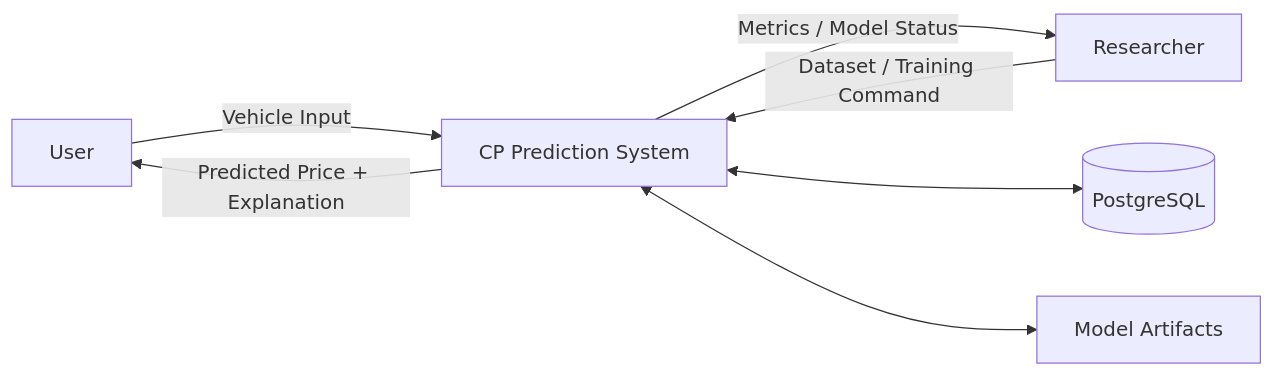
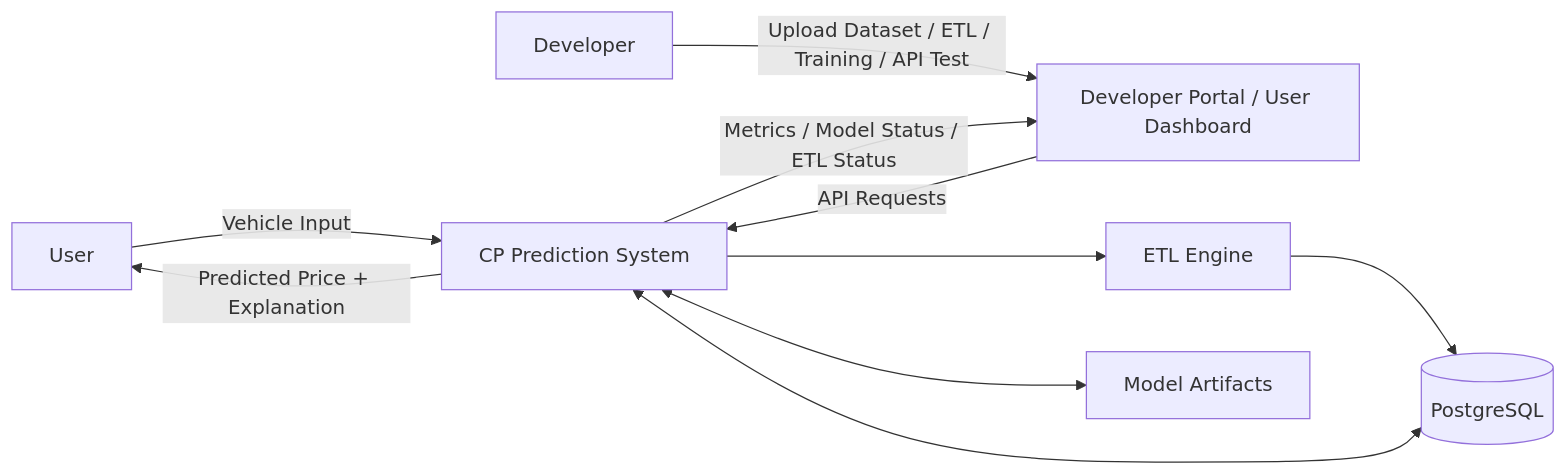
The seventh of 11 diagrams in implementation_plan.md (RistoKuy/XAI_Car_CP), drawn with Mermaid before and after one commit. The commit also changed other lines of this file and 31 other files, not shown here.

First line of the commit message:
Developer Portal terisolasi: ETL upload Update/Replace + 6 modul + port loopback

````diff
--- a/implementation_plan.md
+++ b/implementation_plan.md
@@ -416,17 +642,22 @@
 ```mermaid
 flowchart LR
     USER[User]
-    RESEARCHER[Researcher]
+    DEV[Developer]
+
+    PORTAL[Developer Portal / User Dashboard]
     SYS[CP Prediction System]
+    ETL[ETL Engine]
     DB[(PostgreSQL)]
     ART[Model Artifacts]
 
     USER -->|Vehicle Input| SYS
     SYS -->|Predicted Price + Explanation| USER
 
-    RESEARCHER -->|Dataset / Training Command| SYS
-    SYS -->|Metrics / Model Status| RESEARCHER
-
+    DEV -->|Upload Dataset / ETL / Training / API Test| PORTAL
+    PORTAL -->|API Requests| SYS
+    SYS --> ETL
+    ETL --> DB
     SYS <--> DB
     SYS <--> ART
+    SYS -->|Metrics / Model Status / ETL Status| PORTAL
 ```
````
